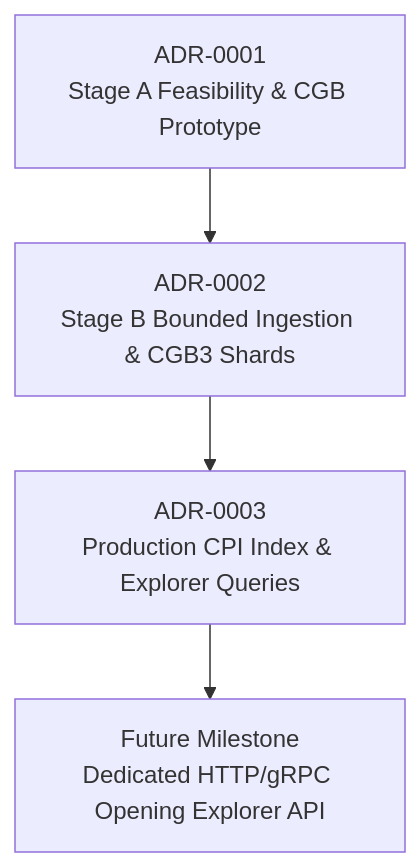
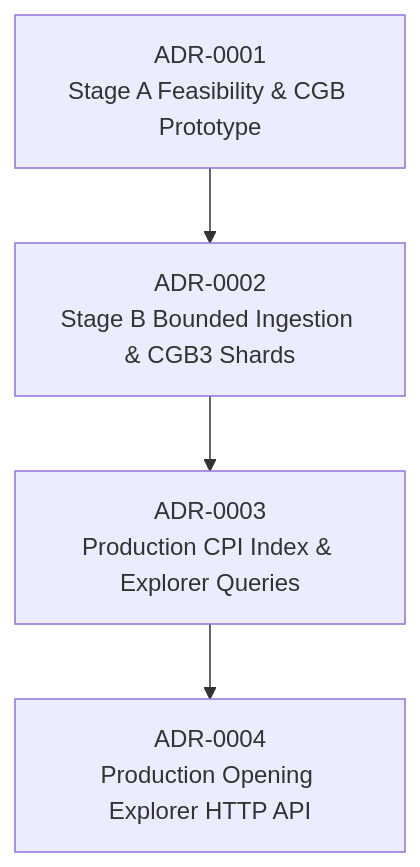
One commit to Nerver-zip/chess-database-api changed the diagram in docs/adr/README.md. Above: the diagram before and after it, drawn with Mermaid. The commit also changed other lines of this file and 37 other files, not shown here.

First line of the commit message:
feat(api): Production-Ready Opening Explorer Read-Only HTTP API Service (PR-04) (#5)

````diff
--- a/docs/adr/README.md
+++ b/docs/adr/README.md
@@ -23,6 +24,6 @@
 ```mermaid
 flowchart TD
     ADR01["ADR-0001<br/>Stage A Feasibility & CGB Prototype"] --> ADR02["ADR-0002<br/>Stage B Bounded Ingestion & CGB3 Shards"]
     ADR02 --> ADR03["ADR-0003<br/>Production CPI Index & Explorer Queries"]
-    ADR03 --> Future["Future Milestone<br/>Dedicated HTTP/gRPC Opening Explorer API"]
+    ADR03 --> ADR04["ADR-0004<br/>Production Opening Explorer HTTP API"]
 ```
````
